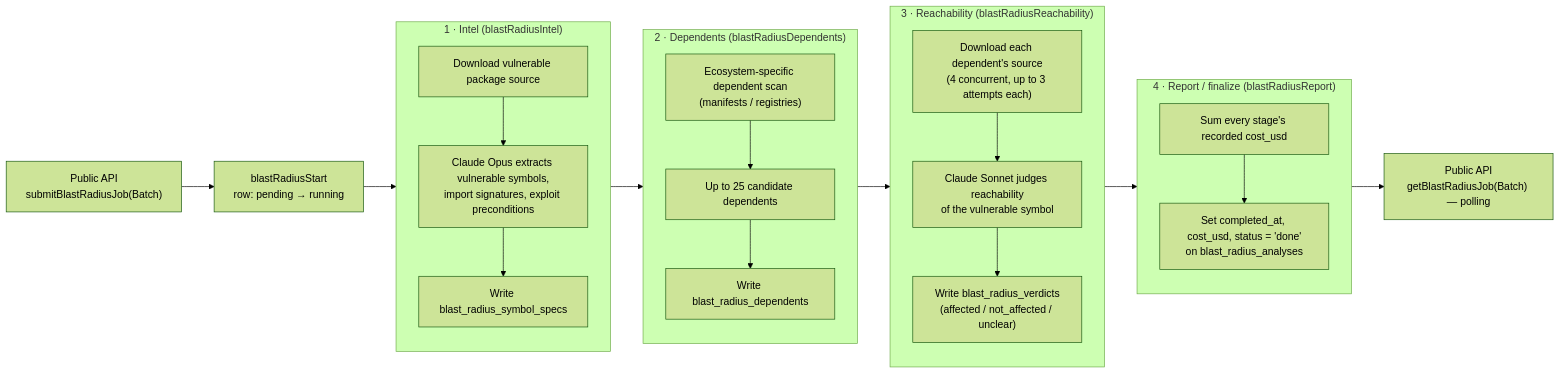
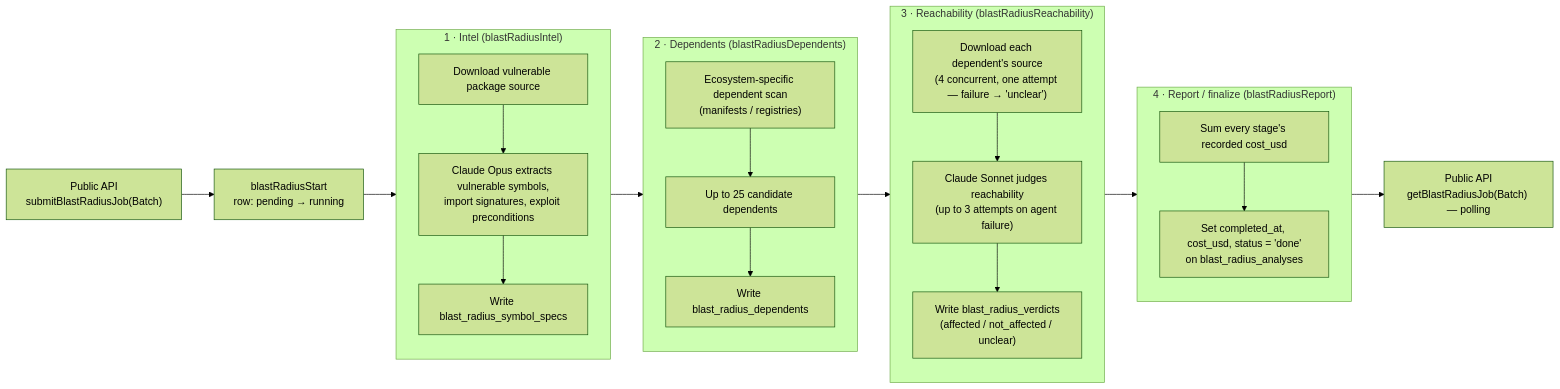
One commit to linuxfoundation/crowd.dev changed the diagram in docs/adr/0017-blast-radius-pipeline-architecture.md. Above: the diagram before and after it, drawn with Mermaid (forest theme). The commit also changed other lines of this file, not shown here.

````diff
--- a/docs/adr/0017-blast-radius-pipeline-architecture.md
+++ b/docs/adr/0017-blast-radius-pipeline-architecture.md
@@ -36,44 +45,44 @@
 ```mermaid
 flowchart LR
     API1["Public API<br/>submitBlastRadiusJob(Batch)"] --> START["blastRadiusStart<br/>row: pending → running"]
     START --> S1
 
     subgraph S1["1 · Intel (blastRadiusIntel)<br/><span style='font-size:4px'>&nbsp;</span>"]
         direction TB
         I1["Download vulnerable package source"]
         I2["Claude Opus extracts vulnerable symbols,<br/>import signatures, exploit preconditions"]
         I3["Write blast_radius_symbol_specs"]
         I1 --> I2 --> I3
     end
 
     S1 --> S2
 
     subgraph S2["2 · Dependents (blastRadiusDependents)<br/><span style='font-size:4px'>&nbsp;</span>"]
         direction TB
         D1["Ecosystem-specific dependent scan<br/>(manifests / registries)"]
         D2["Up to 25 candidate dependents"]
         D3["Write blast_radius_dependents"]
         D1 --> D2 --> D3
     end
 
     S2 --> S3
 
     subgraph S3["3 · Reachability (blastRadiusReachability)<br/><span style='font-size:4px'>&nbsp;</span>"]
         direction TB
-        R1["Download each dependent's source<br/>(4 concurrent, up to 3 attempts each)"]
-        R2["Claude Sonnet judges reachability<br/>of the vulnerable symbol"]
+        R1["Download each dependent's source<br/>(4 concurrent, one attempt — failure → 'unclear')"]
+        R2["Claude Sonnet judges reachability<br/>(up to 3 attempts on agent failure)"]
         R3["Write blast_radius_verdicts<br/>(affected / not_affected / unclear)"]
         R1 --> R2 --> R3
     end
 
     S3 --> S4
 
     subgraph S4["4 · Report / finalize (blastRadiusReport)<br/><span style='font-size:4px'>&nbsp;</span>"]
         direction TB
         F1["Sum every stage's recorded cost_usd"]
         F2["Set completed_at, cost_usd, status = 'done'<br/>on blast_radius_analyses"]
         F1 --> F2
     end
 
     S4 --> API2["Public API<br/>getBlastRadiusJob(Batch) — polling"]
 ```
````
